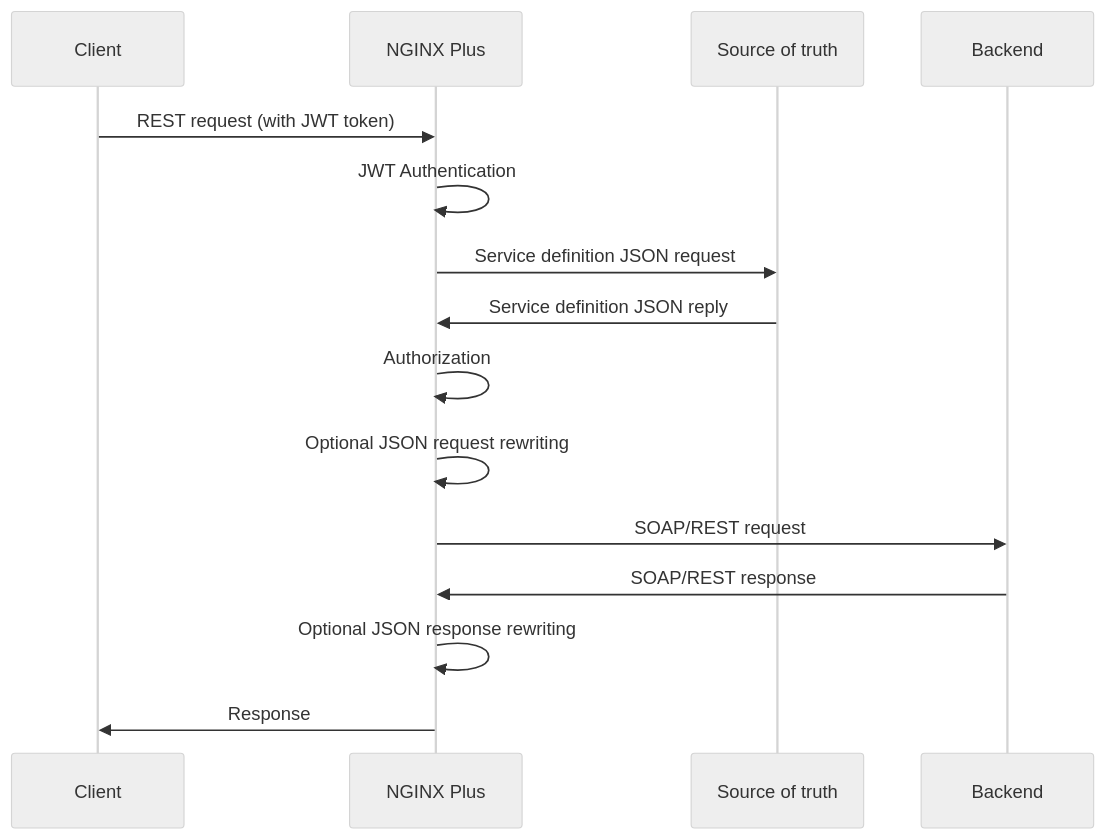
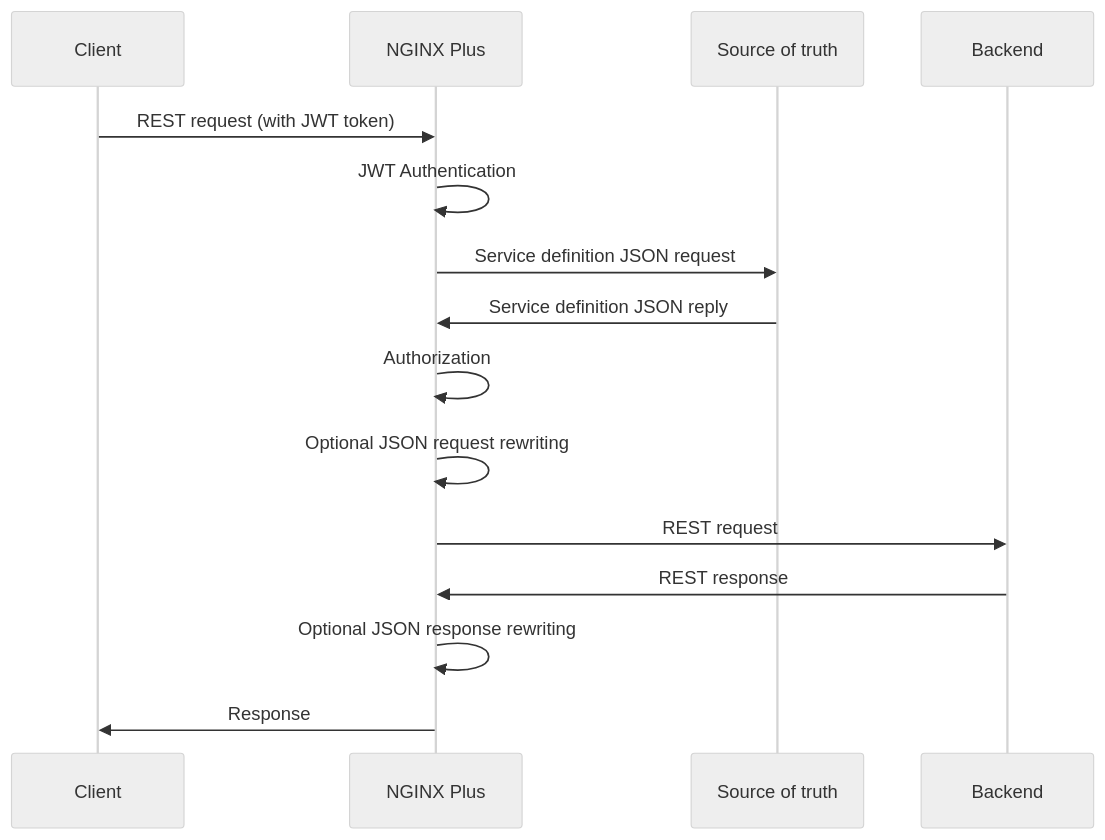
One commit to fabriziofiorucci/NGINX-API-Steering changed the diagram in README.md. Above: the diagram before and after it, drawn with Mermaid (neutral theme).

Commit message:
README updated

````diff
--- a/README.md
+++ b/README.md
@@ -65,13 +65,13 @@
 ```mermaid
 sequenceDiagram
     Client->>NGINX Plus: REST request (with JWT token)
     NGINX Plus->>NGINX Plus: JWT Authentication
     NGINX Plus->>Source of truth: Service definition JSON request
     Source of truth->>NGINX Plus: Service definition JSON reply
     NGINX Plus->>NGINX Plus: Authorization
     NGINX Plus->>NGINX Plus: Optional JSON request rewriting
-    NGINX Plus->>Backend: SOAP/REST request
-    Backend->>NGINX Plus: SOAP/REST response
+    NGINX Plus->>Backend: REST request
+    Backend->>NGINX Plus: REST response
     NGINX Plus->>NGINX Plus: Optional JSON response rewriting
     NGINX Plus->>Client: Response
 ```
````
